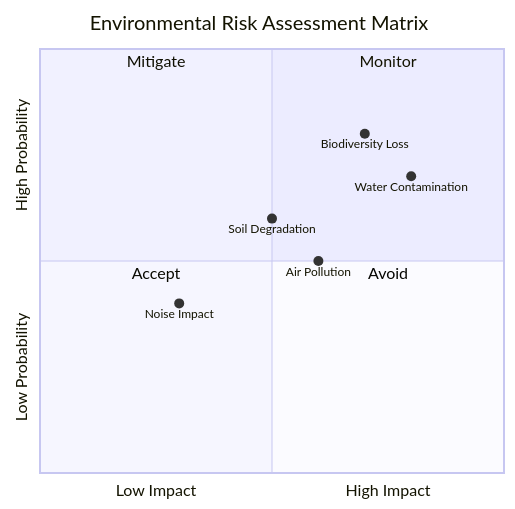
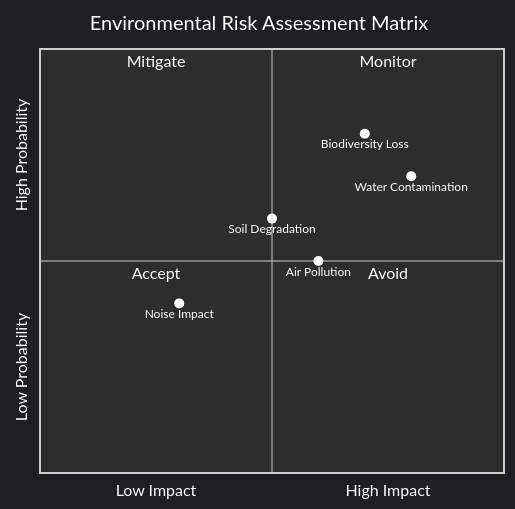
Before and after one commit to Ping-2o/daryn: diagram 12 of 12 in README.md, drawn with Mermaid. The commit also changed other lines of this file, not shown here.

````diff
--- a/README.md
+++ b/README.md
@@ -556,17 +589,18 @@
 ```mermaid
+%%{init: {'theme':'dark', 'themeVariables': {'quadrant1Fill':'#2d2d2d', 'quadrant2Fill':'#2d2d2d', 'quadrant3Fill':'#2d2d2d', 'quadrant4Fill':'#2d2d2d', 'quadrant1TextFill':'#ffffff', 'quadrant2TextFill':'#ffffff', 'quadrant3TextFill':'#ffffff', 'quadrant4TextFill':'#ffffff', 'quadrantPointFill':'#ffffff', 'quadrantPointTextFill':'#ffffff', 'quadrantXAxisTextFill':'#ffffff', 'quadrantYAxisTextFill':'#ffffff', 'quadrantTitleFill':'#ffffff'}}}%%
 quadrantChart
     title Environmental Risk Assessment Matrix
     x-axis Low Impact --> High Impact
     y-axis Low Probability --> High Probability
     
     quadrant-1 Monitor
     quadrant-2 Mitigate
     quadrant-3 Accept
     quadrant-4 Avoid
     
     Water Contamination: [0.8, 0.7]
     Air Pollution: [0.6, 0.5]
     Biodiversity Loss: [0.7, 0.8]
     Soil Degradation: [0.5, 0.6]
     Noise Impact: [0.3, 0.4]
 ```
````
